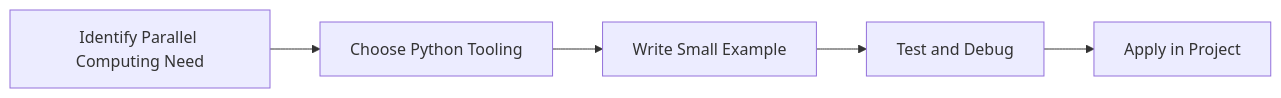
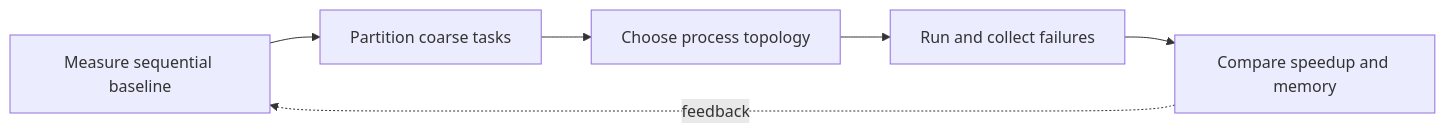
The diagram in Python-Mastery/Advanced/11-parallel-computing.md (SYMOIZ/E-Learning-Portal), drawn with Mermaid before and after one commit. The commit also changed other lines of this file and 116 other files, not shown here.

````diff
--- a/Python-Mastery/Advanced/11-parallel-computing.md
+++ b/Python-Mastery/Advanced/11-parallel-computing.md
@@ -136,7 +152,8 @@
 ```mermaid
 flowchart LR
-    A[Identify Parallel Computing Need] --> B[Choose Python Tooling]
-    B --> C[Write Small Example]
-    C --> D[Test and Debug]
-    D --> E[Apply in Project]
+    A[Measure sequential baseline] --> B[Partition coarse tasks]
+    B --> C[Choose process topology]
+    C --> D[Run and collect failures]
+    D --> E[Compare speedup and memory]
+    E -. feedback .-> A
 ```
````
